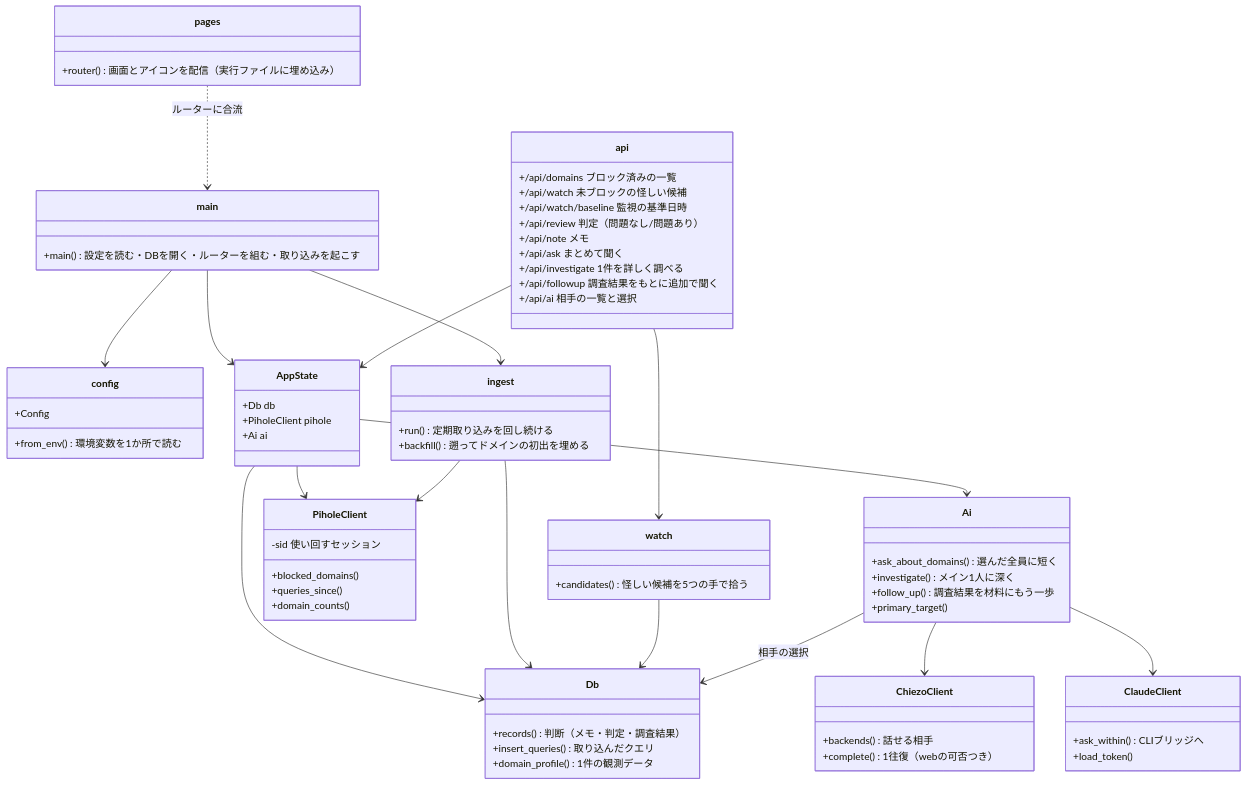
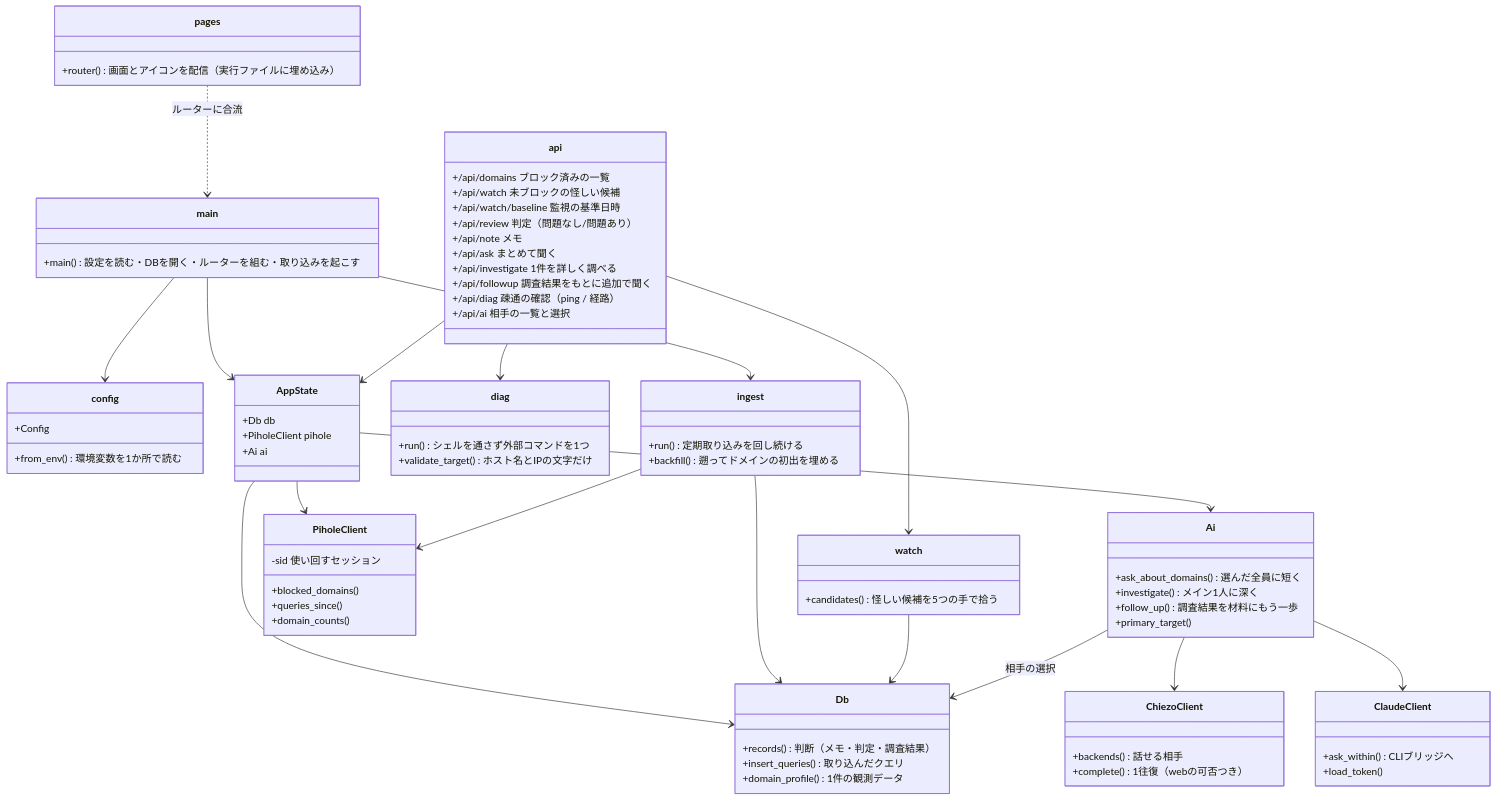
One commit to rtcode337/pihole-monitor changed the first of 6 diagrams in docs/architecture.md. Above: the diagram before and after it, drawn with Mermaid. The commit also changed other lines of this file and 9 other files, not shown here.

```diff
--- a/docs/architecture.md
+++ b/docs/architecture.md
@@ -31,7 +31,12 @@
         +/api/ask まとめて聞く
         +/api/investigate 1件を詳しく調べる
         +/api/followup 調査結果をもとに追加で聞く
+        +/api/diag 疎通の確認（ping / 経路）
         +/api/ai 相手の一覧と選択
+    }
+    class diag {
+        +run() シェルを通さず外部コマンドを1つ
+        +validate_target() ホスト名とIPの文字だけ
     }
     class ingest {
         +run() 定期取り込みを回し続ける
@@ -74,6 +79,7 @@
     AppState --> Ai
     api --> AppState
     api --> watch
+    api --> diag
     pages ..> main : ルーターに合流
     ingest --> Db
     ingest --> PiholeClient
```
